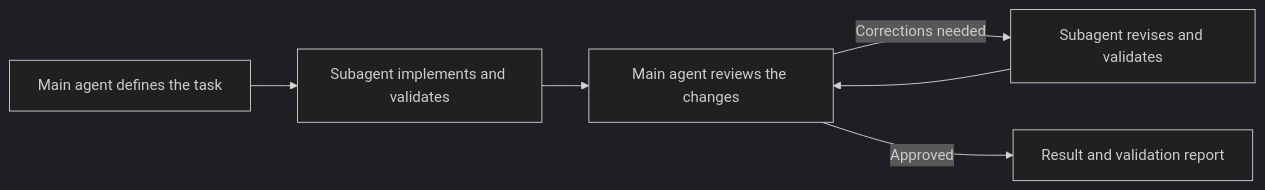
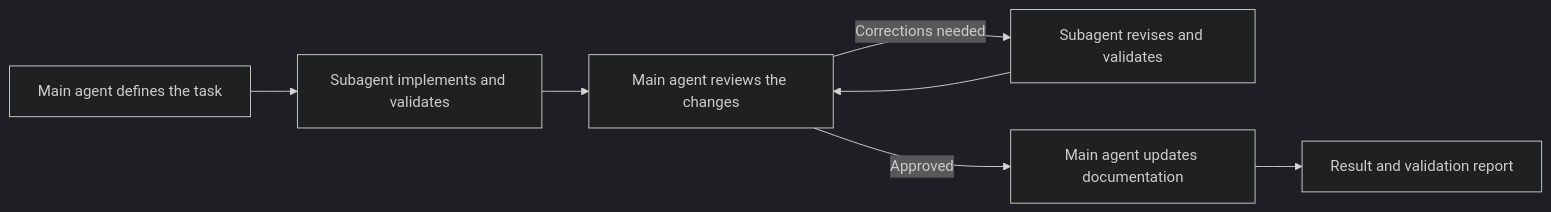
Before and after one commit to ruandeclercq/sage: the diagram in README.md, drawn with Mermaid (dark theme). The commit also changed other lines of this file and 2 other files, not shown here.

First line of the commit message:
Assign documentation to the coordinator

````diff
--- a/README.md
+++ b/README.md
@@ -96,8 +99,9 @@
 ```mermaid
 flowchart LR
     S[Main agent defines the task] --> W[Subagent implements and validates]
     W --> R[Main agent reviews the changes]
     R -->|Corrections needed| F[Subagent revises and validates]
     F --> R
-    R -->|Approved| D[Result and validation report]
+    R -->|Approved| D[Main agent updates documentation]
+    D --> O[Result and validation report]
 ```
````
